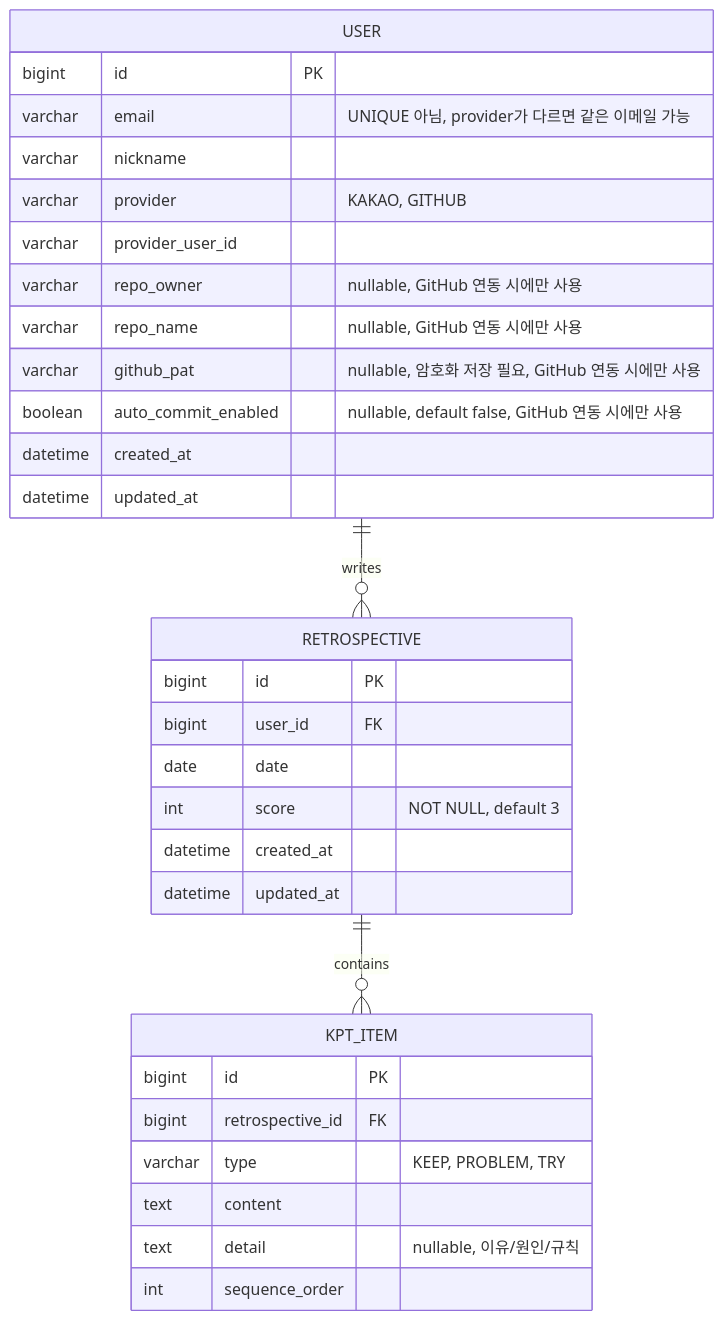
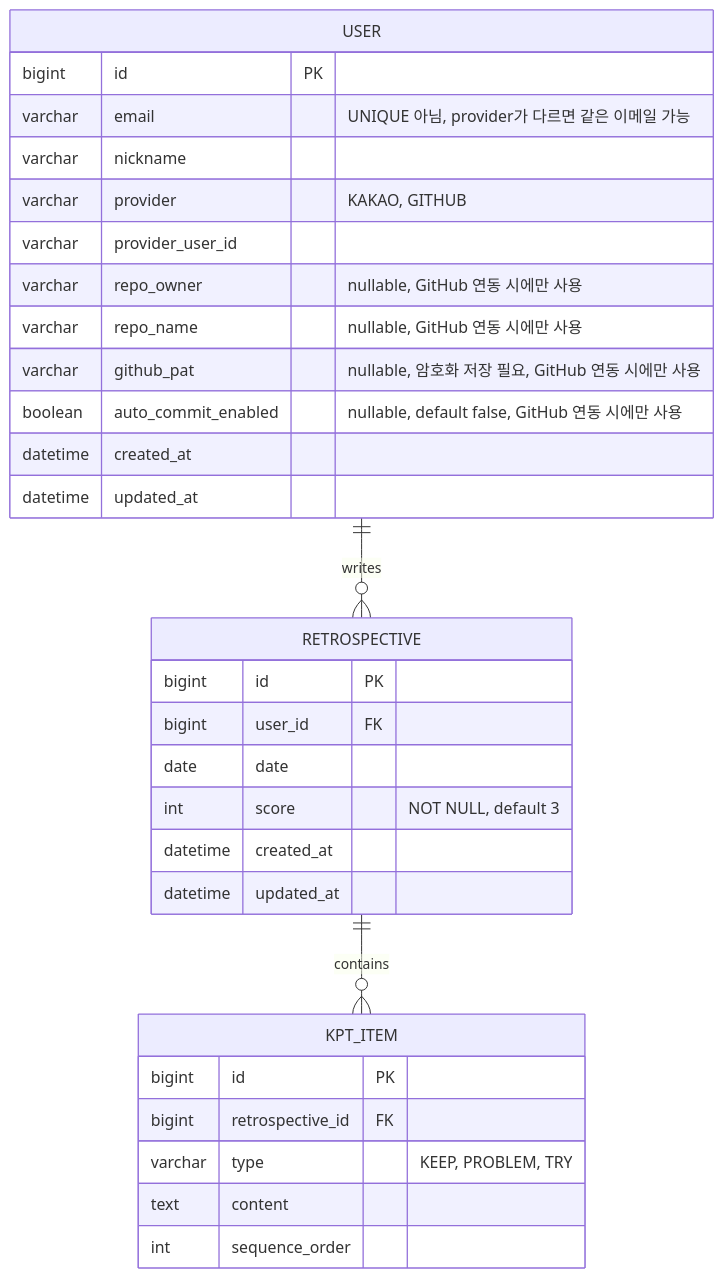
One commit to rnk00/retrospection changed the first of 2 diagrams in docs/02. erd.md. Above: the diagram before and after it, drawn with Mermaid. The commit also changed other lines of this file and 4 other files, not shown here.

````diff
--- a/docs/02. erd.md
+++ b/docs/02. erd.md
@@ -49,37 +48,36 @@
 ```mermaid
 erDiagram
     USER ||--o{ RETROSPECTIVE : writes
     RETROSPECTIVE ||--o{ KPT_ITEM : contains
 
     USER {
         bigint id PK
         varchar email "UNIQUE 아님, provider가 다르면 같은 이메일 가능"
         varchar nickname
         varchar provider "KAKAO, GITHUB"
         varchar provider_user_id
         varchar repo_owner "nullable, GitHub 연동 시에만 사용"
         varchar repo_name "nullable, GitHub 연동 시에만 사용"
         varchar github_pat "nullable, 암호화 저장 필요, GitHub 연동 시에만 사용"
         boolean auto_commit_enabled "nullable, default false, GitHub 연동 시에만 사용"
         datetime created_at
         datetime updated_at
     }
 
     RETROSPECTIVE {
         bigint id PK
         bigint user_id FK
         date date
         int score "NOT NULL, default 3"
         datetime created_at
         datetime updated_at
     }
 
     KPT_ITEM {
         bigint id PK
         bigint retrospective_id FK
         varchar type "KEEP, PROBLEM, TRY"
         text content
-        text detail "nullable, 이유/원인/규칙"
         int sequence_order
     }
 ```
````
